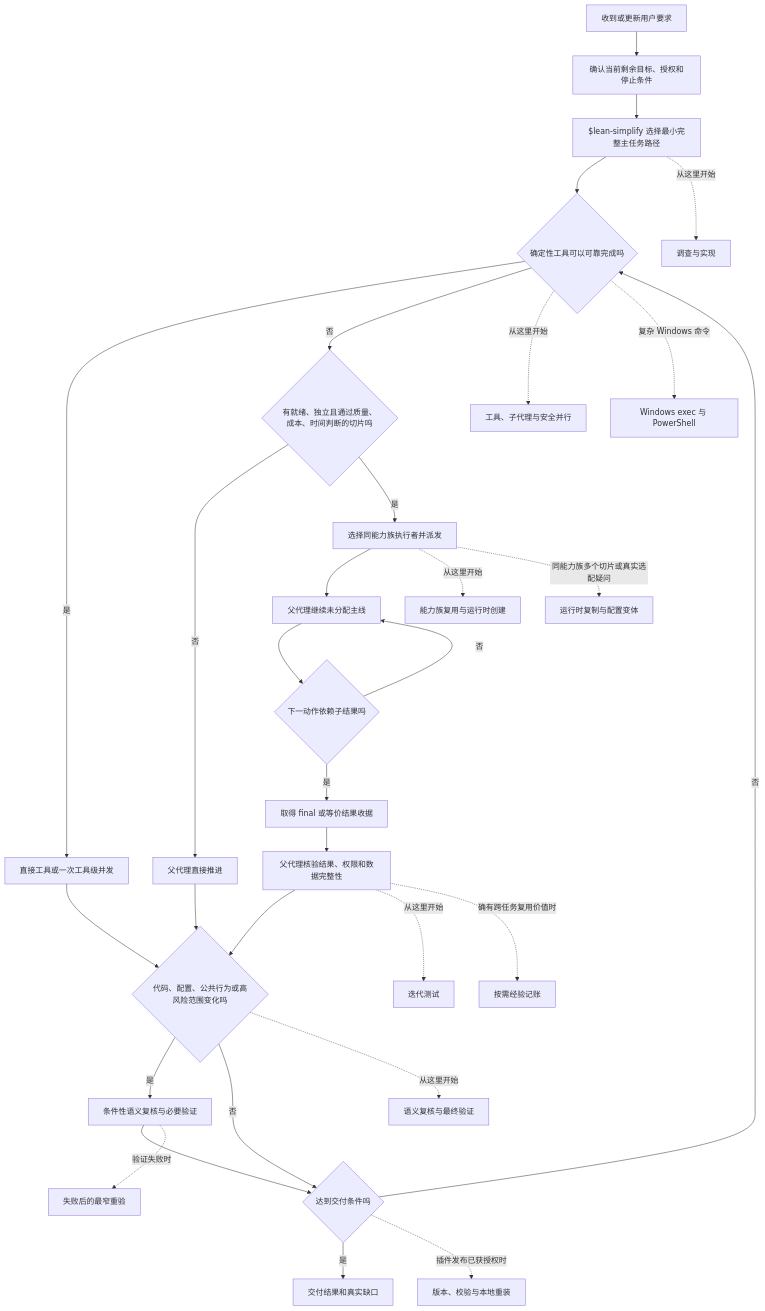
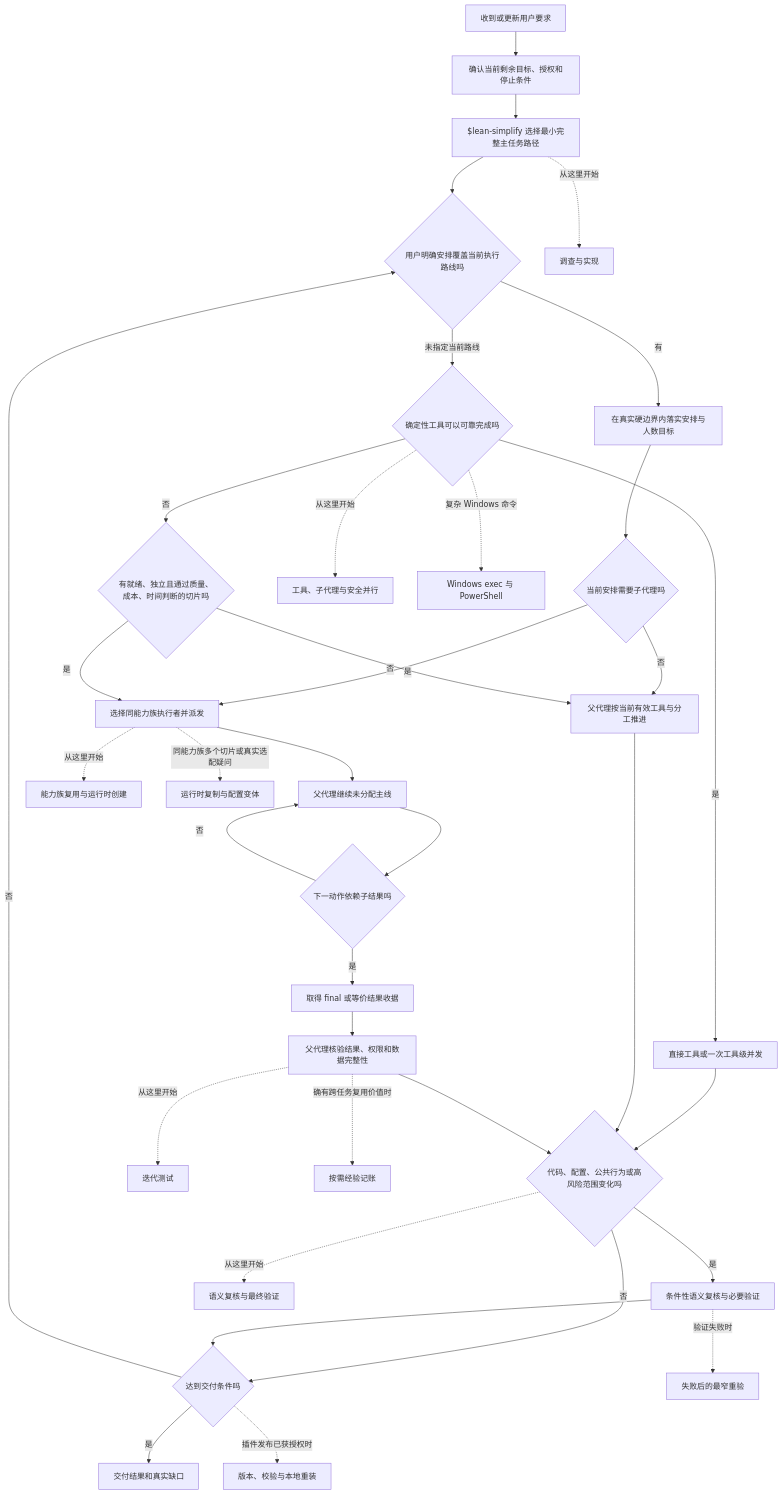
The first of 17 diagrams in skills/lean-stack/references/flowcharts-zh.md (Lang45/codex-lean-stack), drawn with Mermaid before and after one commit. The commit also changed other lines of this file and 22 other files, not shown here.

````diff
--- a/skills/lean-stack/references/flowcharts-zh.md
+++ b/skills/lean-stack/references/flowcharts-zh.md
@@ -9,34 +11,39 @@
 ```mermaid
 flowchart TD
     A[收到或更新用户要求] --> B[确认当前剩余目标、授权和停止条件]
     B --> C[$lean-simplify 选择最小完整主任务路径]
-    C --> D{确定性工具可以可靠完成吗}
+    C --> U{用户明确安排覆盖当前执行路线吗}
+    U -->|有| V[在真实硬边界内落实安排与人数目标]
+    V --> W{当前安排需要子代理吗}
+    W -->|是| H[选择同能力族执行者并派发]
+    W -->|否| G[父代理按当前有效工具与分工推进]
+    U -->|未指定当前路线| D{确定性工具可以可靠完成吗}
     D -->|是| E[直接工具或一次工具级并发]
     D -->|否| F{有就绪、独立且通过质量、成本、时间判断的切片吗}
-    F -->|否| G[父代理直接推进]
-    F -->|是| H[选择同能力族执行者并派发]
+    F -->|否| G
+    F -->|是| H
     H --> I[父代理继续未分配主线]
     I --> J{下一动作依赖子结果吗}
     J -->|否| I
     J -->|是| K[取得 final 或等价结果收据]
     K --> L[父代理核验结果、权限和数据完整性]
     E --> M{代码、配置、公共行为或高风险范围变化吗}
     G --> M
     L --> M
     M -->|是| N[条件性语义复核与必要验证]
     M -->|否| O{达到交付条件吗}
     N --> O
-    O -->|否| D
+    O -->|否| U
     O -->|是| P[交付结果和真实缺口]
 
     D -. 从这里开始 .-> AUXTOOLS[工具、子代理与安全并行]
     D -. 复杂 Windows 命令 .-> AUXWINDOWS[Windows exec 与 PowerShell]
     H -. 从这里开始 .-> AUXCAP[能力族复用与运行时创建]
     H -. 同能力族多个切片或真实选配疑问 .-> AUXCOPY[运行时复制与配置变体]
     C -. 从这里开始 .-> AUXWORK[调查与实现]
     L -. 从这里开始 .-> AUXTEST[迭代测试]
     M -. 从这里开始 .-> AUXVERIFY[语义复核与最终验证]
     N -. 验证失败时 .-> AUXRETRY[失败后的最窄重验]
     L -. 确有跨任务复用价值时 .-> AUXMEMORY[按需经验记账]
     O -. 插件发布已获授权时 .-> AUXRELEASE[版本、校验与本地重装]
 ```
````
